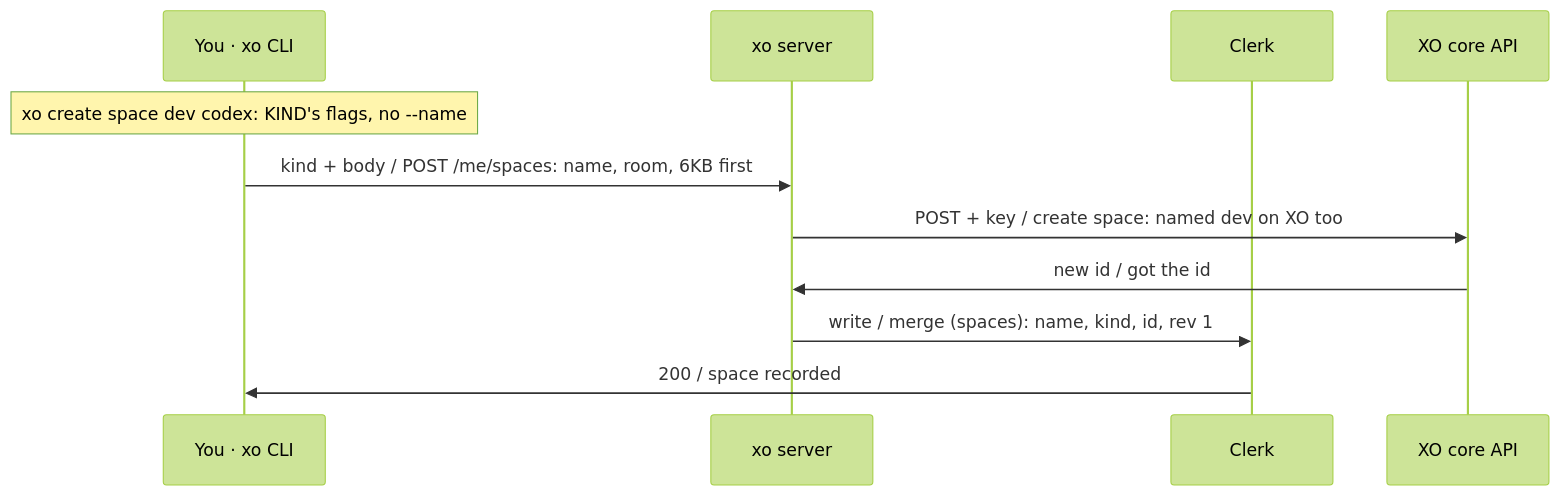
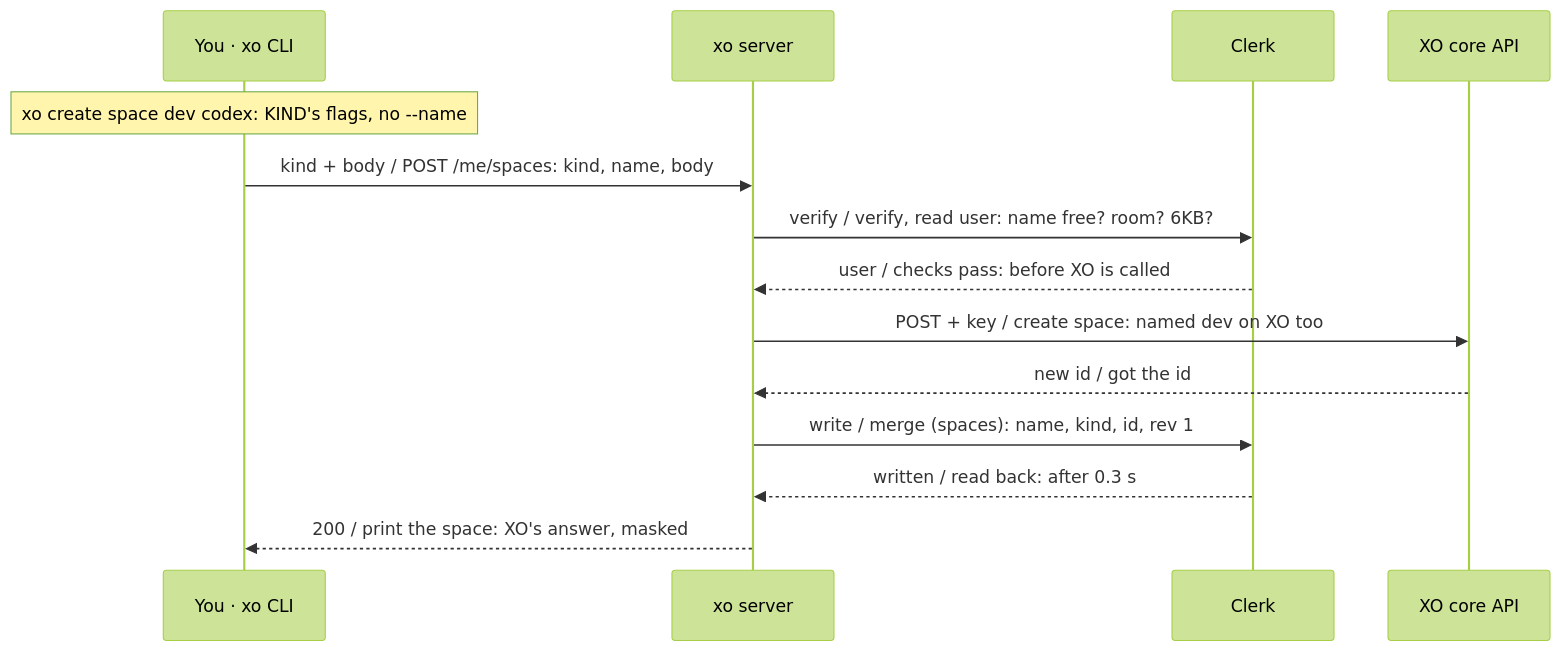
The eighth of 32 diagrams in docs/architecture.md (quirq-ai/xo), drawn with Mermaid (forest theme) before and after one commit. The commit also changed other lines of this file and 10 other files, not shown here.

First line of the commit message:
xo create and architecture: audit fixes on top of #35 and #36

````diff
--- a/docs/architecture.md
+++ b/docs/architecture.md
@@ -201,13 +214,16 @@
 ```mermaid
 sequenceDiagram
   participant Cli as You · xo CLI
   participant Srv as xo server
   participant Clerk as Clerk
   participant Xo as XO core API
   Note over Cli: xo create space dev codex: KIND's flags, no --name
-  Cli->>Srv: kind + body / POST /me/spaces: name, room, 6KB first
+  Cli->>Srv: kind + body / POST /me/spaces: kind, name, body
+  Srv->>Clerk: verify / verify, read user: name free? room? 6KB?
+  Clerk-->>Srv: user / checks pass: before XO is called
   Srv->>Xo: POST + key / create space: named dev on XO too
-  Xo->>Srv: new id / got the id
+  Xo-->>Srv: new id / got the id
   Srv->>Clerk: write / merge (spaces): name, kind, id, rev 1
-  Clerk->>Cli: 200 / space recorded
+  Clerk-->>Srv: written / read back: after 0.3 s
+  Srv-->>Cli: 200 / print the space: XO's answer, masked
 ```
````
